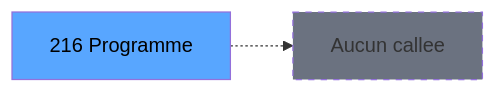
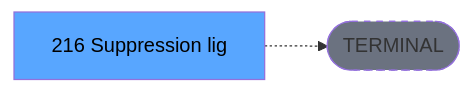
One commit to thonyAGP/lecteur-magic changed the third of 3 diagrams in .openspec/renders/ADH-IDE-216.md. Above: the diagram before and after it, drawn with Mermaid. The commit also changed other lines of this file and 701 other files, not shown here.

````diff
--- a/.openspec/renders/ADH-IDE-216.md
+++ b/.openspec/renders/ADH-IDE-216.md
@@ -130,8 +134,8 @@
 ```mermaid
 graph LR
-    T[216 Programme]
-    NONE[Aucun callee]
-    T -.-> NONE
+    T[216 Suppression lig]
+    TERM([TERMINAL])
+    T -.-> TERM
+    style TERM fill:#6b7280,stroke-dasharray: 5 5
     style T fill:#58a6ff,color:#000
-    style NONE fill:#6b7280,stroke-dasharray: 5 5
 ```
````
